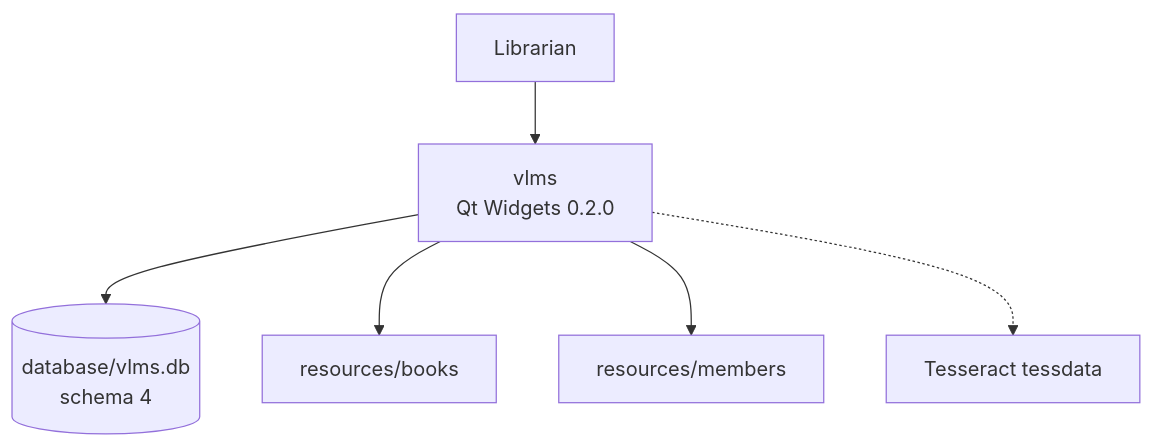
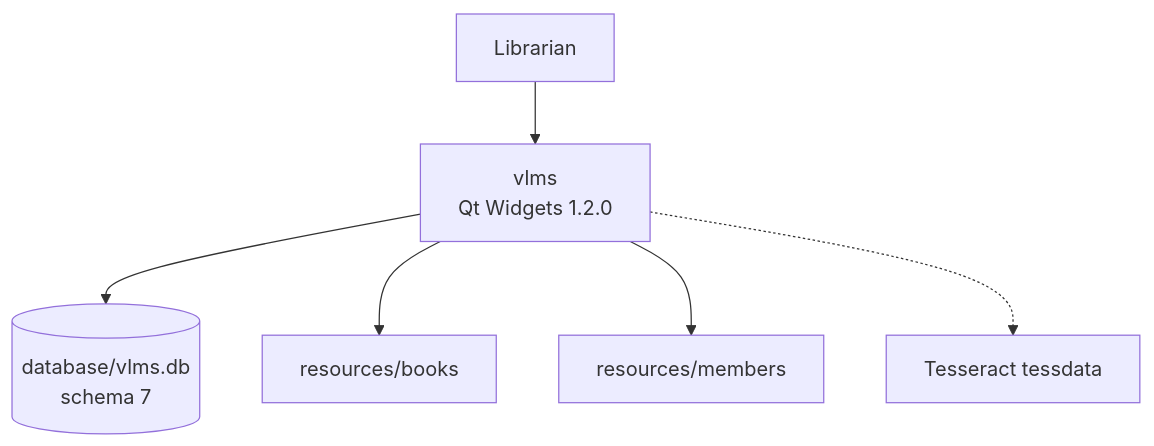
Before and after one commit to medaminben/VLMS: the first of 27 diagrams in docs/architecture/beta-uml.md, drawn with Mermaid. The commit also changed other lines of this file, not shown here.

Commit message:
Refresh the Beta UML for the library split and schema 7.

````diff
--- a/docs/architecture/beta-uml.md
+++ b/docs/architecture/beta-uml.md
@@ -18,15 +21,15 @@
 ```mermaid
 flowchart TD
     Librarian[Librarian]
-    App[vlms<br/>Qt Widgets 0.2.0]
-    Db[(database/vlms.db<br/>schema 4)]
+    App[vlms<br/>Qt Widgets 1.2.0]
+    Db[(database/vlms.db<br/>schema 7)]
     Books[resources/books]
     Members[resources/members]
     Tess[Tesseract tessdata]
 
     Librarian --> App
     App --> Db
     App --> Books
     App --> Members
     App -.-> Tess
 ```
````
